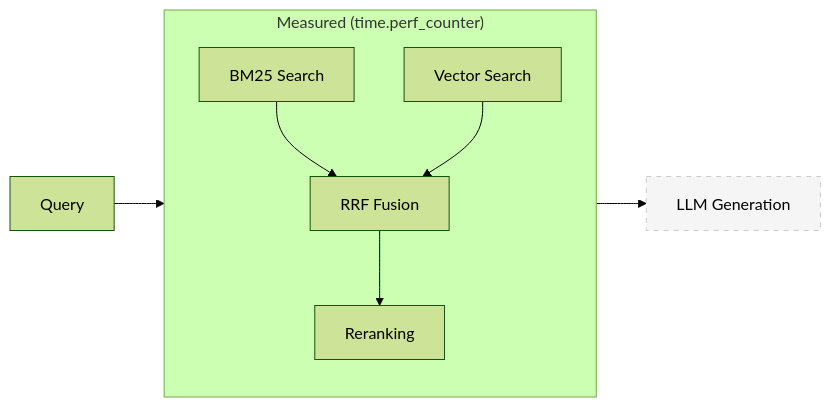
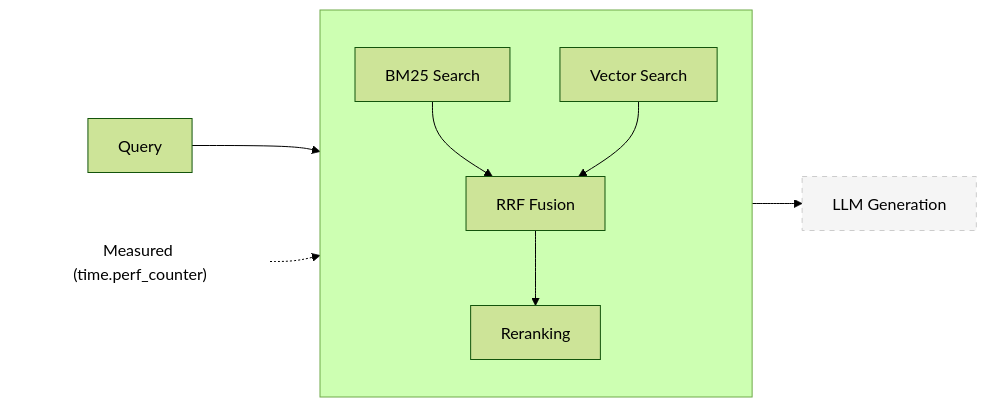
The diagram in METHODOLOGY.md (clouatre-labs/rag-reranking-benchmarks), drawn with Mermaid (forest theme) before and after one commit.

Commit message:
docs: fix Mermaid diagram label overlap in measurement scope
Move 'Measured (time.perf_counter)' label from subgraph title to an
annotation node with dotted arrow, preventing text overlap with the
pipeline boxes inside the subgraph.

````diff
--- a/METHODOLOGY.md
+++ b/METHODOLOGY.md
@@ -13,11 +13,13 @@
 ```mermaid
 graph LR
-    subgraph measured ["Measured (time.perf_counter)"]
+    subgraph measured [" "]
         BM25[BM25 Search] --> RRF[RRF Fusion]
         VS[Vector Search] --> RRF
         RRF --> RR[Reranking]
     end
     Q[Query] --> measured
     measured --> LLM[LLM Generation]
+    M["Measured (time.perf_counter)"] -.-> measured
     style LLM fill:#f5f5f5,stroke:#ccc,stroke-dasharray: 5 5
+    style M fill:none,stroke:none
 ```
````
